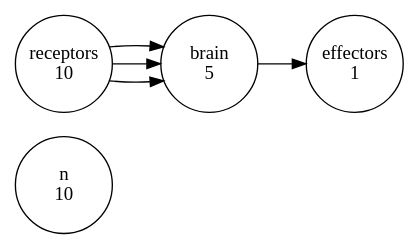
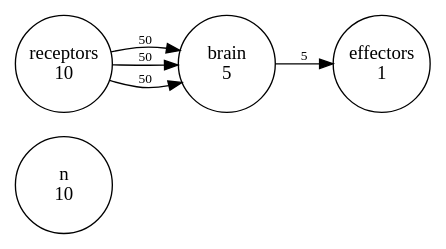
One commit to drghirlanda/mint changed the diagram in example/network/feedforward.dot. Above: the diagram before and after it, drawn with Graphviz. The commit also changed 6 other files, not shown here.

```diff
--- a/example/network/feedforward.dot
+++ b/example/network/feedforward.dot
@@ -1,13 +1,13 @@
 digraph network {
 rankdir=LR
 node [fixedsize=true height=1 shape=circle]
 edge [fontsize=10]
 n0 [label="n\n10"]
 n1 [label="receptors\n10"]
 n2 [label="brain\n5"]
 n3 [label="effectors\n1"]
-n1 -> n2 [label=""]
-n1 -> n2 [label=""]
-n1 -> n2 [label=""]
-n2 -> n3 [label=""]
+n1 -> n2 [label="50"]
+n1 -> n2 [label="50"]
+n1 -> n2 [label="50"]
+n2 -> n3 [label="5"]
 }
```
